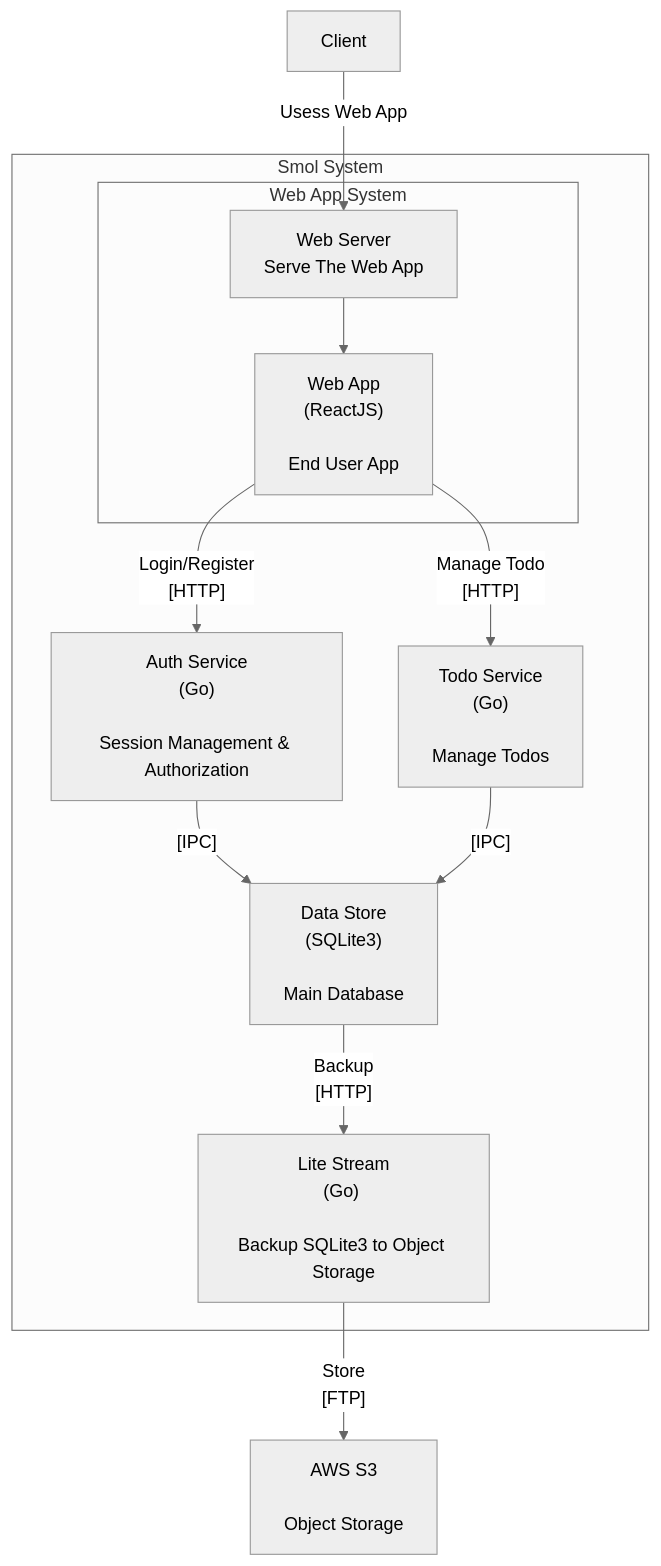
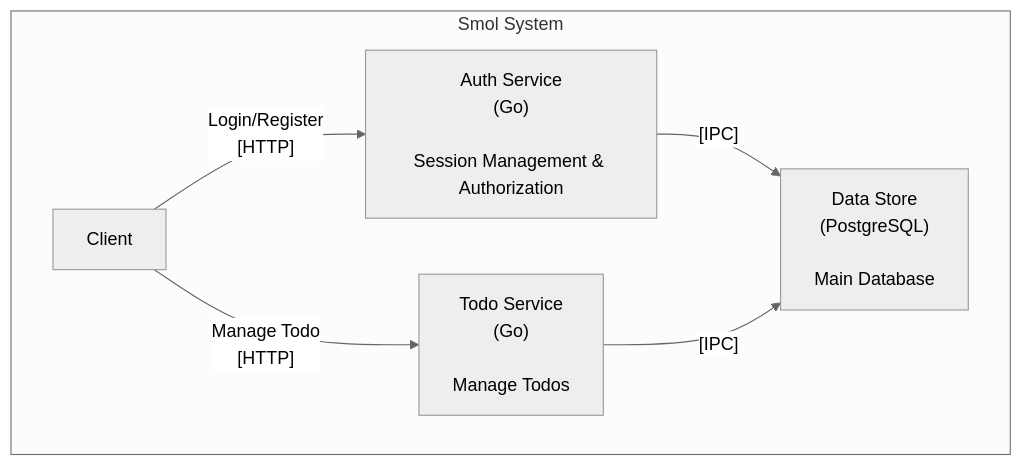
One commit to fahmifan/smol-rest changed the diagram in README.md. Above: the diagram before and after it, drawn with Mermaid (neutral theme). The commit also changed other lines of this file, not shown here.

````diff
--- a/README.md
+++ b/README.md
@@ -38,26 +18,14 @@
 ```mermaid
 graph TB
-    Client--"Usess Web App"-->WebServer
     subgraph "Smol System"
-        WebServer["WebServer"]
-        DataStore["Data Store<br> (SQLite3) <br><br> Main Database"]
+        DataStore["Data Store<br> (PostgreSQL) <br><br> Main Database"]
         AuthService["Auth Service<br>(Go)<br><br>Session Management & Authorization"]
         TodoService["Todo Service<br>(Go) <br><br>Manage Todos"]
-        LiteStream["Lite Stream<br>(Go) <br><br>Backup SQLite3 to Object Storage"]
         
-        subgraph "Web App System"
-            WebApp["Web App<br>(ReactJS)<br><br>End User App"]
-            WebServer["Web Server<br> Serve The Web App"]
-            
-            WebServer-->WebApp
-        end
-        
-        WebApp -- "Manage Todo <br>[HTTP]" --> TodoService 
-        WebApp -- "Login/Register <br>[HTTP]" --> AuthService 
+        Client -- "Manage Todo <br>[HTTP]" --> TodoService 
+        Client -- "Login/Register <br>[HTTP]" --> AuthService 
         
         AuthService -- "[IPC]" --> DataStore
-        TodoService -- "[IPC]" --> DataStore -- "Backup <br>[HTTP]" --> LiteStream
+        TodoService -- "[IPC]" --> DataStore
     end
-    AWSS3["AWS S3 <br><br>Object Storage"]
-    LiteStream -- "Store <br>[FTP]" --> AWSS3
 ```
````
